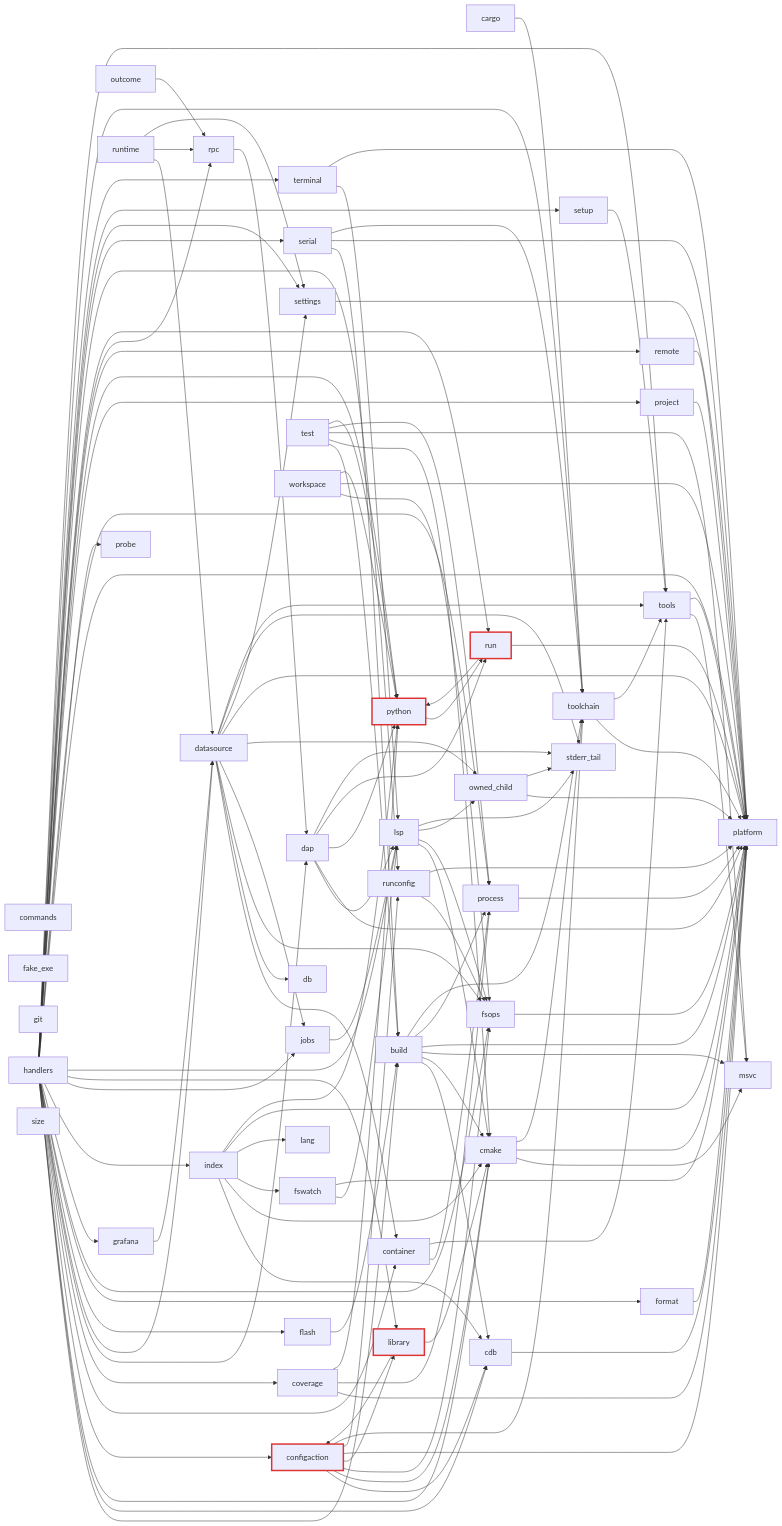
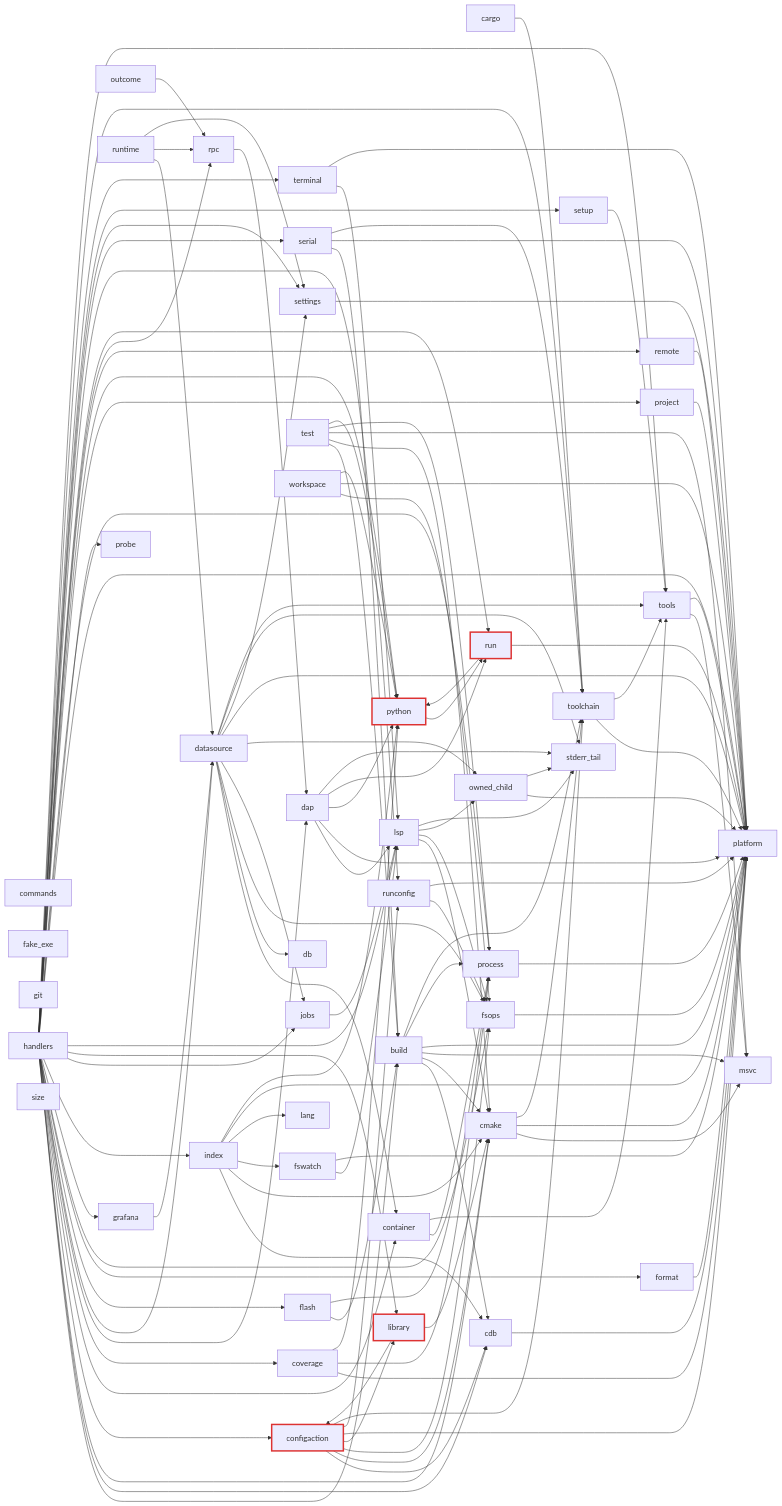
Before and after one commit to ViktorWalde/KineinVectis: the third of 16 diagrams in DocsPublic/arquitetura/01-mapa-de-modulos.md, drawn with Mermaid. The commit also changed other lines of this file and 28 other files, not shown here.

```diff
--- a/DocsPublic/arquitetura/01-mapa-de-modulos.md
+++ b/DocsPublic/arquitetura/01-mapa-de-modulos.md
@@ -178,6 +178,7 @@
   n_core_datasource --> n_core_stderr_tail
   n_core_datasource --> n_core_tools
   n_core_flash --> n_core_build
+  n_core_flash --> n_core_process
   n_core_format --> n_core_platform
   n_core_fsops --> n_core_platform
   n_core_fswatch --> n_core_lsp
```
